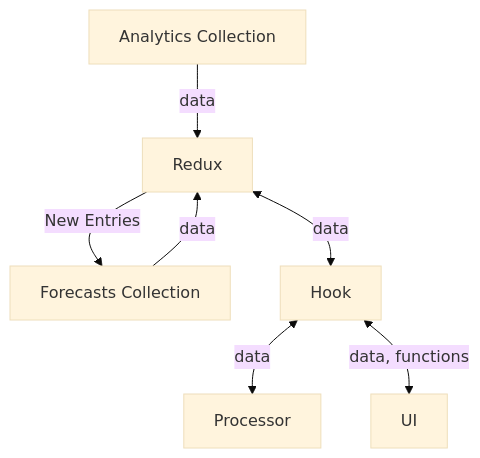
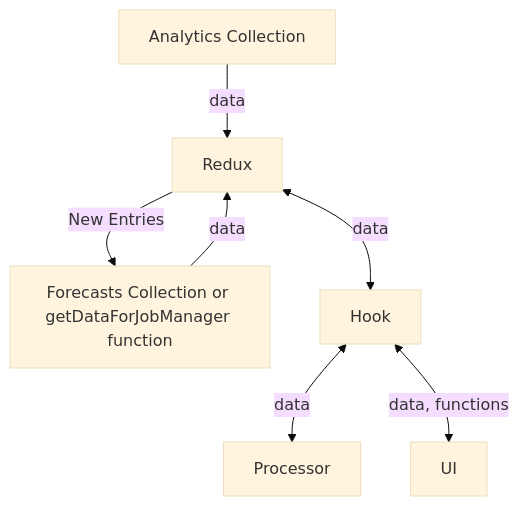
One commit to MiddlewareNewZealand/dashboard-doc changed the diagram in docs/clientside-data/Systems/Forecasting/Overview.md. Above: the diagram before and after it, drawn with Mermaid (base theme). The commit also changed 4 other files, not shown here.

First line of the commit message:
Job manager cloud function update

````diff
--- a/docs/clientside-data/Systems/Forecasting/Overview.md
+++ b/docs/clientside-data/Systems/Forecasting/Overview.md
@@ -21,9 +21,9 @@
 ```mermaid
 graph TD;
     Analytics[Analytics Collection]--data--> Redux
     Redux --New Entries--> Forecasts
-    Forecasts[Forecasts Collection] --data--> Redux
+    Forecasts[Forecasts Collection or getDataForJobManager function] --data--> Redux
     Redux <--data--> Hook
     Hook <--data--> Processor
     Hook <--data, functions--> UI
 ```
````
